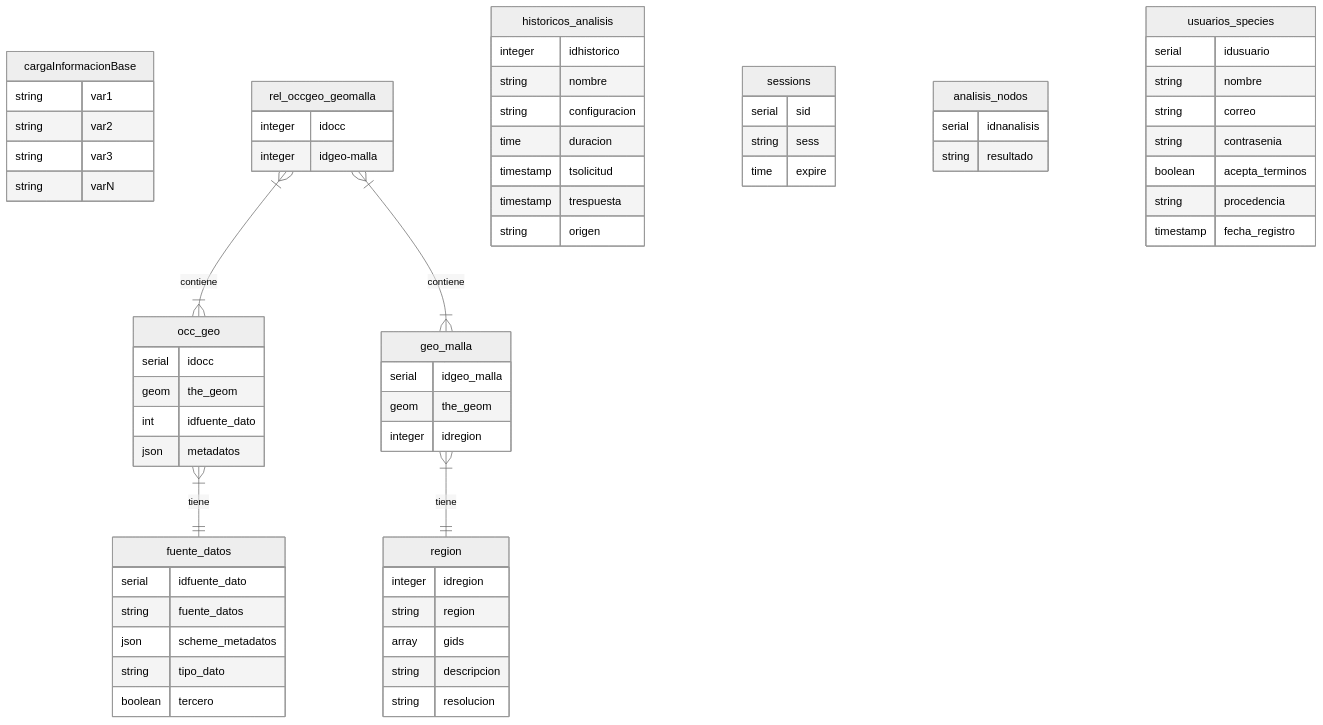
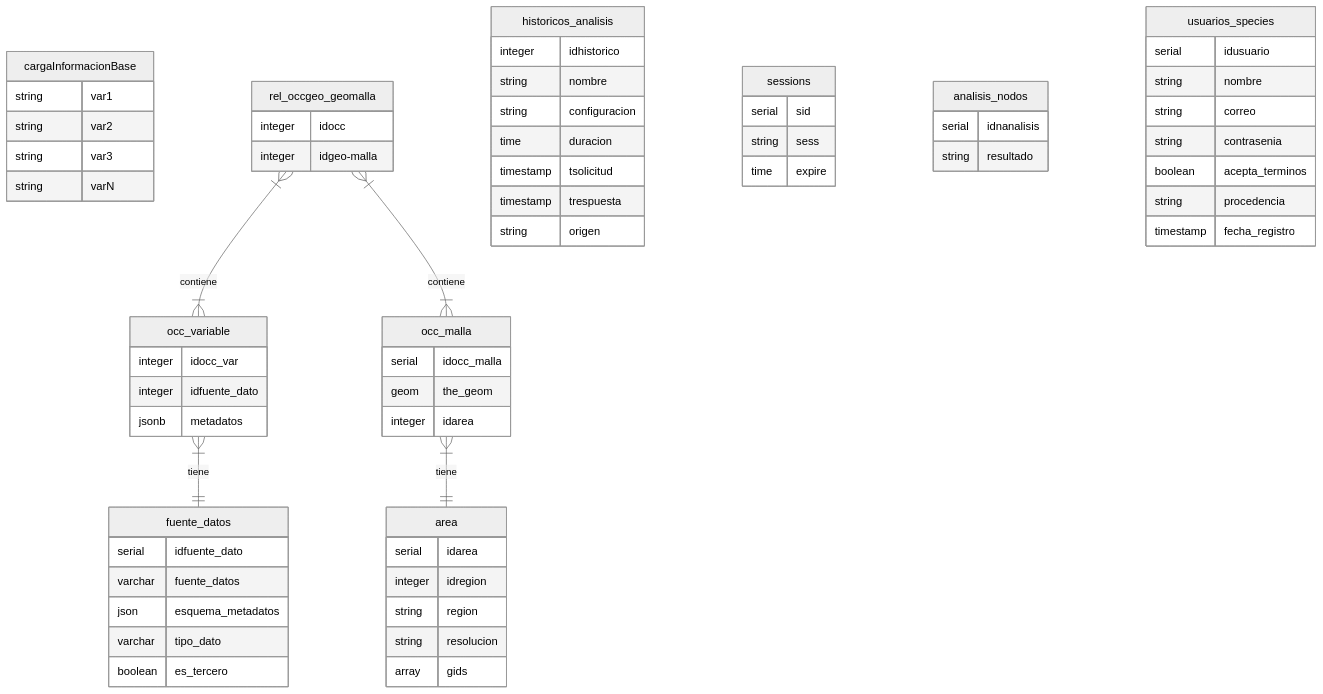
The diagram in README.md (CONABIO/species_v3.0), drawn with Mermaid (neutral theme) before and after one commit. The commit also changed 3 other files, not shown here.

````diff
--- a/README.md
+++ b/README.md
@@ -7,69 +7,68 @@
 ```mermaid
 erDiagram
     cargaInformacionBase{
         string var1
         string var2
         string var3
         string varN
     }
-    rel_occgeo_geomalla }|--|{ occ_geo : contiene
-    rel_occgeo_geomalla }|--|{ geo_malla : contiene
+    rel_occgeo_geomalla }|--|{ occ_variable : contiene
+    rel_occgeo_geomalla }|--|{ occ_malla : contiene
     rel_occgeo_geomalla{
         integer idocc
         integer idgeo-malla
     }
-    occ_geo }|--|| fuente_datos : tiene
-    occ_geo{
-        serial idocc
-        geom the_geom
-        int idfuente_dato
-        json metadatos
+    occ_variable }|--|| fuente_datos : tiene
+    occ_variable{
+        integer idocc_var
+        integer idfuente_dato
+        jsonb metadatos
     }
     fuente_datos{
         serial idfuente_dato
-        string fuente_datos
-        json scheme_metadatos
-        string tipo_dato
-        boolean tercero
+        varchar fuente_datos
+        json esquema_metadatos
+        varchar tipo_dato
+        boolean es_tercero
     }
-    geo_malla }|--|| region : tiene
-    geo_malla{
-        serial idgeo_malla
+    occ_malla }|--|| area : tiene
+    occ_malla{
+        serial idocc_malla
         geom the_geom
-        integer idregion
+        integer idarea
     }
-    region{
+    area{
+        serial idarea
         integer idregion
         string region
+        string resolucion
         array gids
-        string descripcion
-        string resolucion
     }
     historicos_analisis{
         integer idhistorico
         string nombre
         string configuracion
         time duracion
         timestamp tsolicitud
         timestamp trespuesta
         string origen
     }
     sessions{
         serial sid
         string sess
         time expire
     }
     analisis_nodos{
         serial idnanalisis
         string resultado
     }
     usuarios_species{
        serial idusuario
        string nombre
        string correo
        string contrasenia
        boolean acepta_terminos
        string procedencia
        timestamp fecha_registro 
     }
 ```
````
